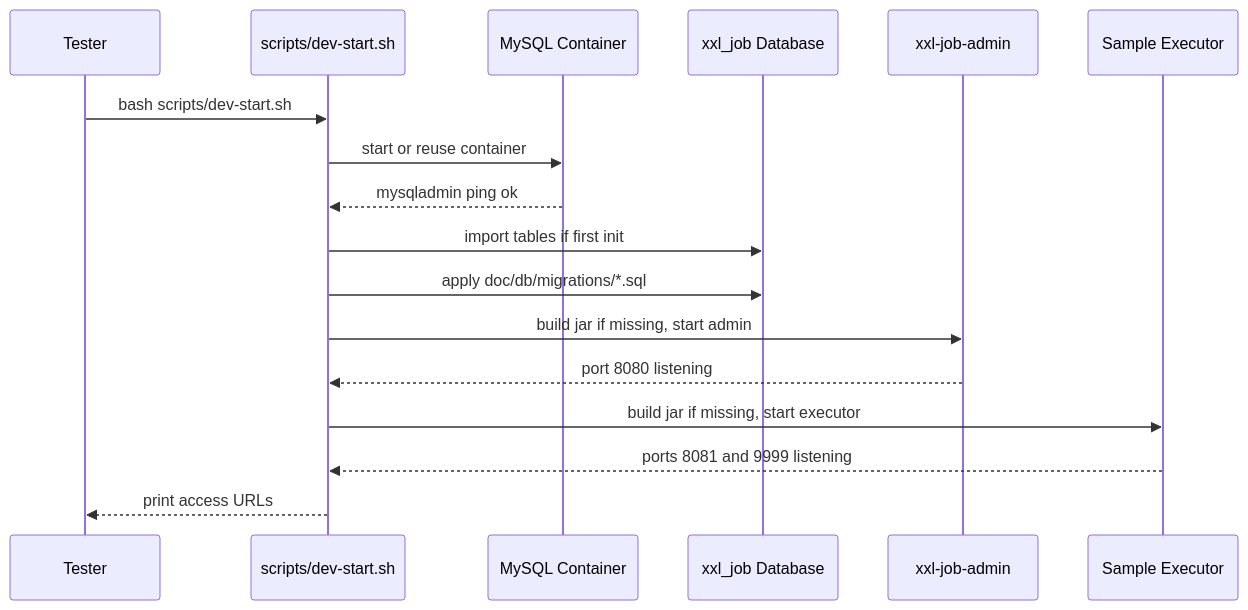
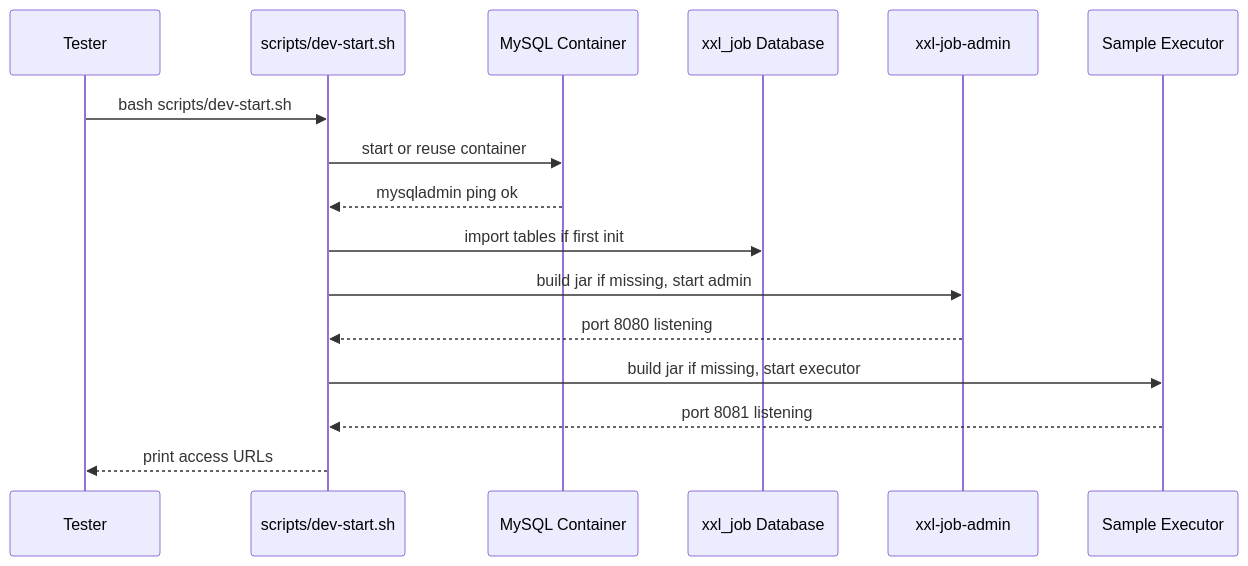
Before and after one commit to wuuJiawei/xxl-job-boost: the second of 7 diagrams in docs/test-plan-1.0.0.md, drawn with Mermaid. The commit also changed other lines of this file and 55 other files, not shown here.

````diff
--- a/docs/test-plan-1.0.0.md
+++ b/docs/test-plan-1.0.0.md
@@ -96,20 +96,19 @@
 ```mermaid
 sequenceDiagram
     participant U as Tester
     participant S as scripts/dev-start.sh
     participant M as MySQL Container
     participant DB as xxl_job Database
     participant A as xxl-job-admin
     participant E as Sample Executor
 
     U->>S: bash scripts/dev-start.sh
     S->>M: start or reuse container
     M-->>S: mysqladmin ping ok
     S->>DB: import tables if first init
-    S->>DB: apply doc/db/migrations/*.sql
     S->>A: build jar if missing, start admin
     A-->>S: port 8080 listening
     S->>E: build jar if missing, start executor
-    E-->>S: ports 8081 and 9999 listening
+    E-->>S: port 8081 listening
     S-->>U: print access URLs
 ```
````
